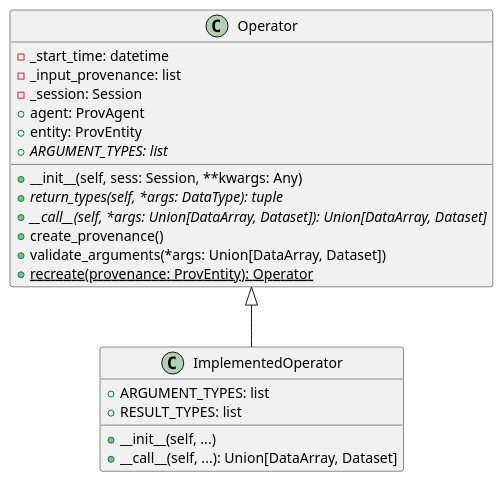
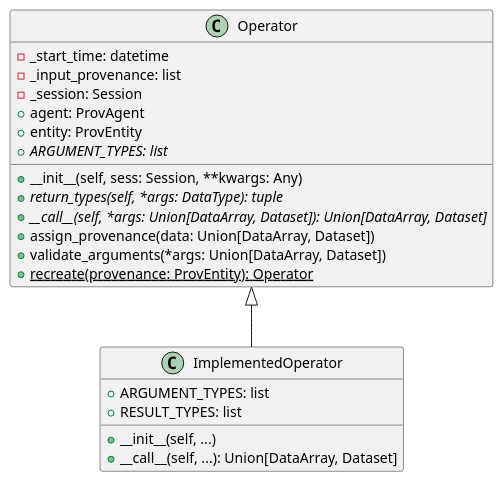
Before and after one commit to indica-mcf/Indica: the seventh of 7 diagrams in doc/design.rst, drawn with PlantUML. The commit also changed 6 other files, not shown here.

```diff
--- a/doc/design.rst
+++ b/doc/design.rst
@@ -807,27 +807,27 @@
 .. uml::
 
    class Operator {
    - _start_time: datetime
    - _input_provenance: list
    - _session: Session
    + agent: ProvAgent
    + entity: ProvEntity
    + {abstract} ARGUMENT_TYPES: list
 
    + __init__(self, sess: Session, **kwargs: Any)
    + {abstract} return_types(self, *args: DataType): tuple
    + {abstract} __call__(self, *args: Union[DataArray, Dataset]): Union[DataArray, Dataset]
-   + create_provenance()
+   + assign_provenance(data: Union[DataArray, Dataset])
    + validate_arguments(*args: Union[DataArray, Dataset])
    + {static} recreate(provenance: ProvEntity): Operator
    }
 
    class ImplementedOperator {
    + ARGUMENT_TYPES: list
    + RESULT_TYPES: list
 
    + __init__(self, ...)
    + __call__(self, ...): Union[DataArray, Dataset]
    }
 
    Operator <|-- ImplementedOperator
```
